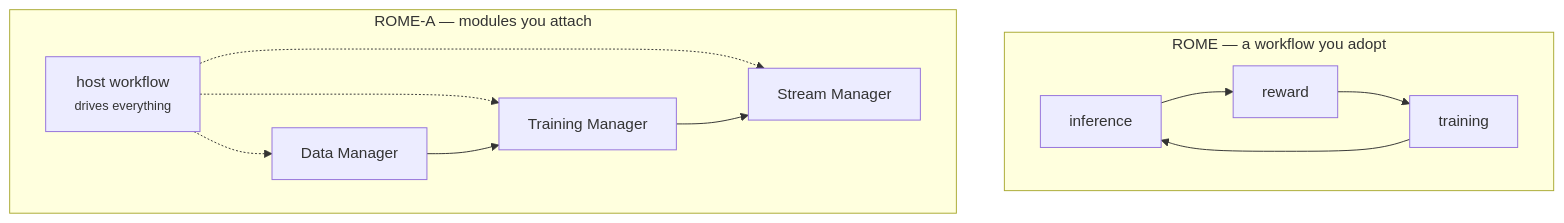
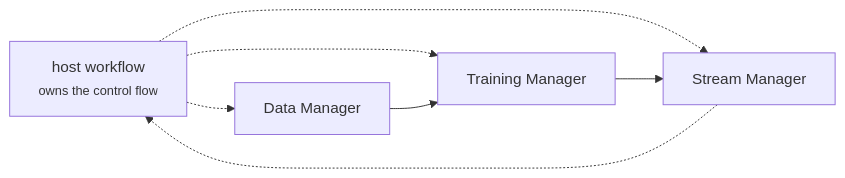
The first of 2 diagrams in docs/design/architecture.md (Iznoanygod/ROME), drawn with Mermaid before and after one commit. The commit also changed other lines of this file and 57 other files, not shown here.

````diff
--- a/docs/design/architecture.md
+++ b/docs/design/architecture.md
@@ -17,16 +16,9 @@
 ```mermaid
-flowchart TB
-    subgraph before["ROME — a workflow you adopt"]
-        direction LR
-        B1["inference"] --> B2["reward"] --> B3["training"] --> B1
-    end
-
-    subgraph after["ROME-A — modules you attach"]
-        direction LR
-        H["host workflow<br/><small>drives everything</small>"]
-        H -.-> A1["Data Manager"]
-        H -.-> A2["Training Manager"]
-        H -.-> A3["Stream Manager"]
-        A1 --> A2 --> A3
-    end
+flowchart LR
+    H["host workflow<br/><small>owns the control flow</small>"]
+    H -.-> A1["Data Manager"]
+    H -.-> A2["Training Manager"]
+    H -.-> A3["Stream Manager"]
+    A1 --> A2 --> A3
+    A3 -.-> H
 ```
````
